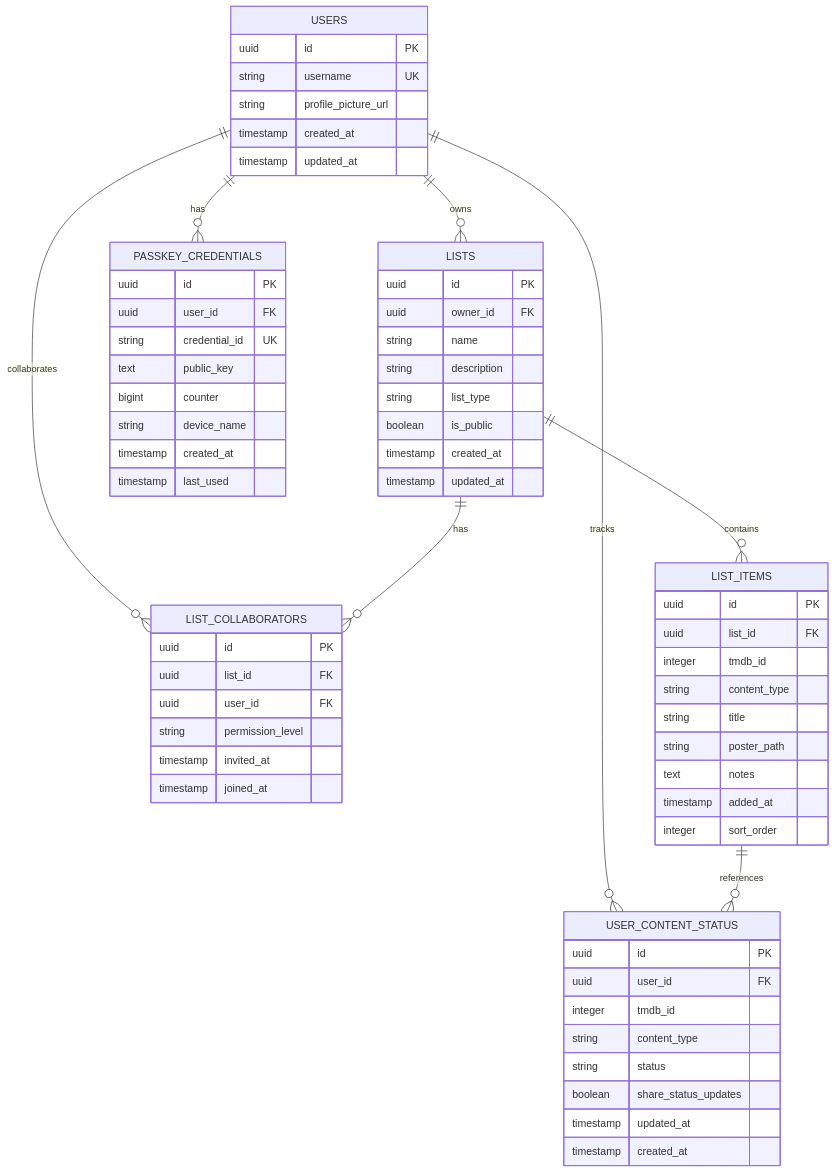
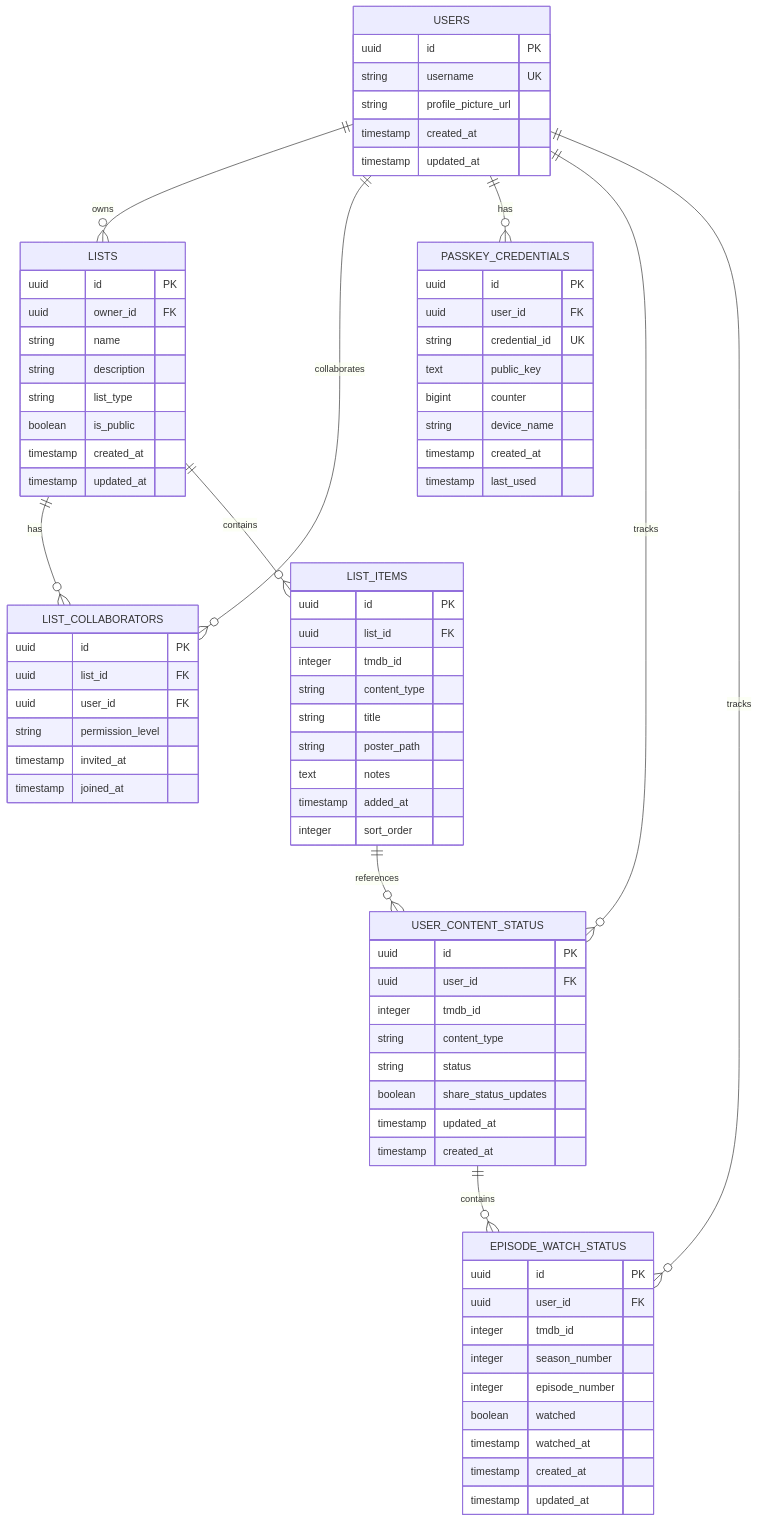
The third of 3 diagrams in .trae/documents/technical-architecture-document.md (benpaulsen4/watch-this), drawn with Mermaid before and after one commit. The commit also changed other lines of this file and 21 other files, not shown here.

Commit message:
feat: content status tracking

````diff
--- a/.trae/documents/technical-architecture-document.md
+++ b/.trae/documents/technical-architecture-document.md
@@ -242,7 +326,9 @@
     LISTS ||--o{ LIST_ITEMS : contains
     USERS ||--o{ PASSKEY_CREDENTIALS : has
     USERS ||--o{ USER_CONTENT_STATUS : tracks
+    USERS ||--o{ EPISODE_WATCH_STATUS : tracks
     LIST_ITEMS ||--o{ USER_CONTENT_STATUS : references
+    USER_CONTENT_STATUS ||--o{ EPISODE_WATCH_STATUS : contains
     
     USERS {
         uuid id PK
@@ -305,4 +391,16 @@
         timestamp updated_at
         timestamp created_at
     }
+    
+    EPISODE_WATCH_STATUS {
+        uuid id PK
+        uuid user_id FK
+        integer tmdb_id
+        integer season_number
+        integer episode_number
+        boolean watched
+        timestamp watched_at
+        timestamp created_at
+        timestamp updated_at
+    }
 ```
````
